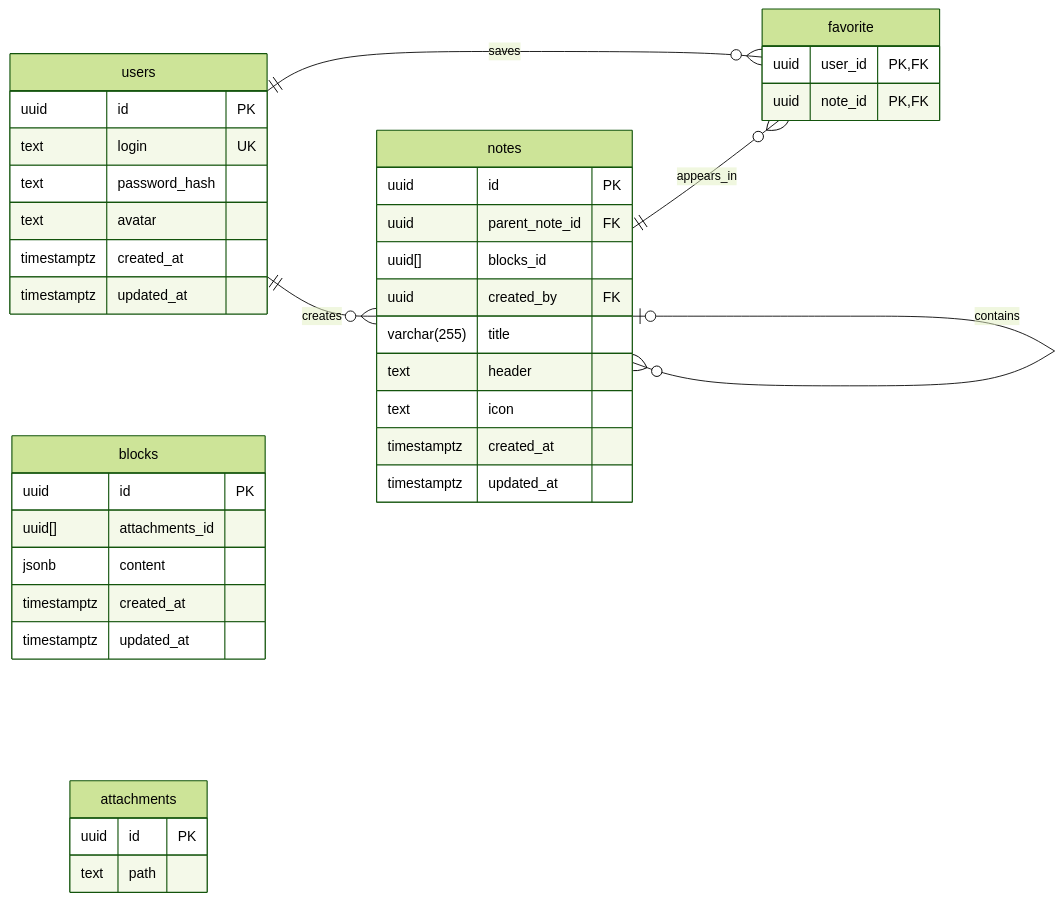
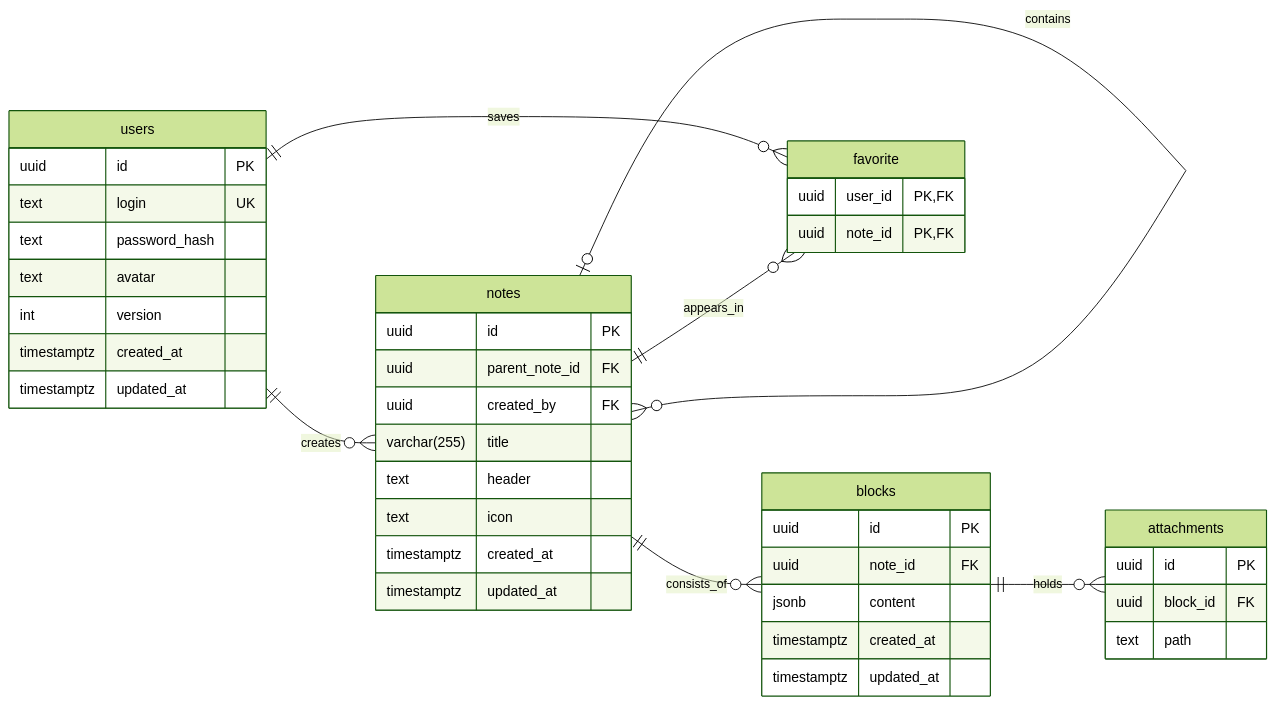
Before and after one commit to go-park-mail-ru/2026_2_BNN: the diagram in README.md, drawn with Mermaid (forest theme). The commit also changed other lines of this file, not shown here.

````diff
--- a/README.md
+++ b/README.md
@@ -200,48 +75,51 @@
 ```mermaid
 erDiagram
     direction LR
 
     users {
         uuid id PK
         text login UK
         text password_hash
         text avatar
+        int version
         timestamptz created_at
         timestamptz updated_at
     }
 
     notes {
         uuid id PK
         uuid parent_note_id FK
-        uuid[] blocks_id
         uuid created_by FK
         varchar(255) title
         text header
         text icon
         timestamptz created_at
         timestamptz updated_at
     }
 
-    favorite {
-        uuid user_id PK, FK
-        uuid note_id PK, FK
-    }
-
     blocks {
         uuid id PK
-        uuid[] attachments_id
+        uuid note_id FK
         jsonb content
         timestamptz created_at
         timestamptz updated_at
     }
 
     attachments {
         uuid id PK
+        uuid block_id FK
         text path
+    }
+
+    favorite {
+        uuid user_id PK, FK
+        uuid note_id PK, FK
     }
 
     users ||--o{ notes : creates
     notes o|--o{ notes : contains
+    notes ||--o{ blocks : consists_of
+    blocks ||--o{ attachments : holds
     users ||--o{ favorite : saves
     notes ||--o{ favorite : appears_in
 ```
````
